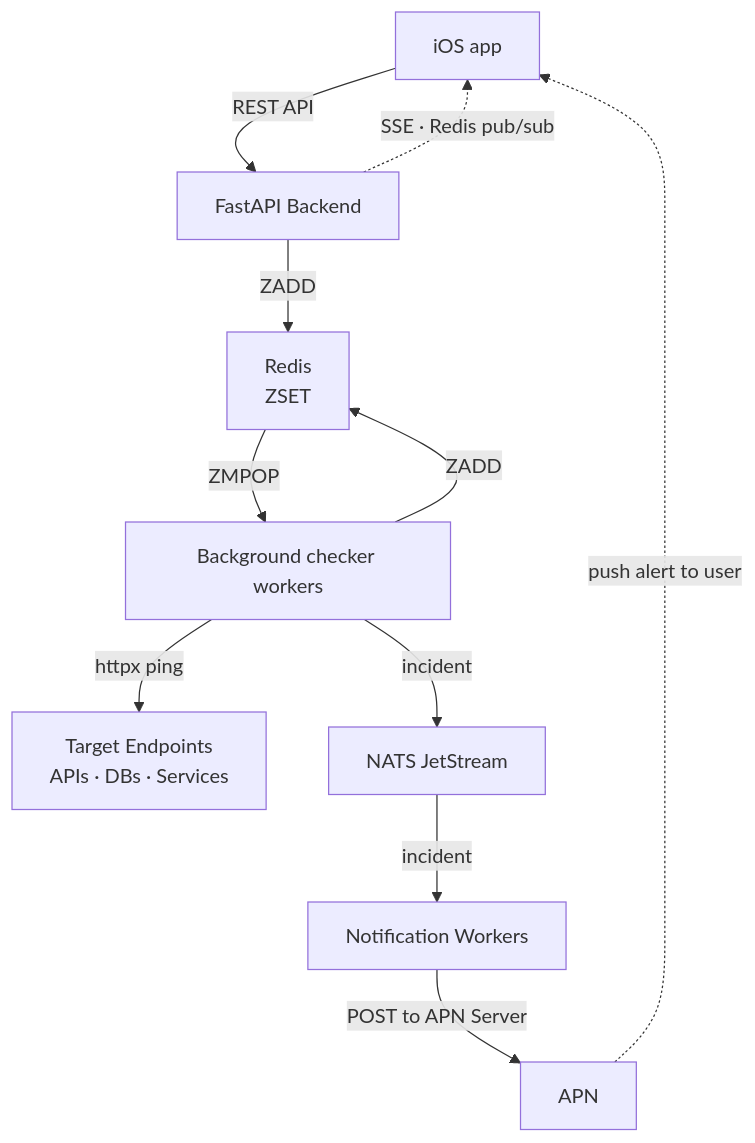
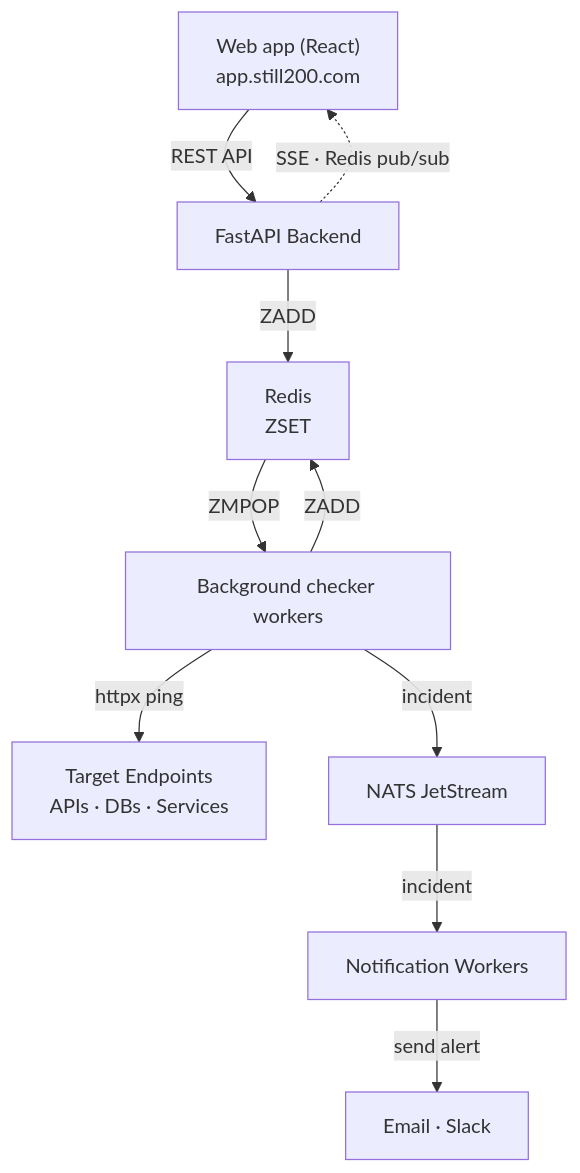
One commit to dennis-nw/bytes-lab-blog changed the diagram in src/content/posts/still200-system-architecture.md. Above: the diagram before and after it, drawn with Mermaid. The commit also changed other lines of this file, not shown here.

Commit message:
Web is the main interface

````diff
--- a/src/content/posts/still200-system-architecture.md
+++ b/src/content/posts/still200-system-architecture.md
@@ -63,22 +69,21 @@
 ```mermaid
 flowchart TD
-    A["iOS app"]
+    A["Web app (React)\napp.still200.com"]
     B["FastAPI Backend"]
     C["Redis\nZSET"]
     D["Background checker workers"]
     E["Target Endpoints\nAPIs · DBs · Services"]
     F["NATS JetStream"]
     G["Notification Workers"]
-    H["APN"]
+    H["Email · Slack"]
 
     A -->|REST API| B
     B -.->|SSE · Redis pub/sub| A
     B -->|ZADD| C
     C -->|ZMPOP| D
     D -->|httpx ping| E
     D -->|incident| F
     D -->|ZADD| C
     F -->|incident| G
-    G --> |POST to APN Server| H
-    H -.->|push alert to user| A
+    G -->|send alert| H
 ```
````
